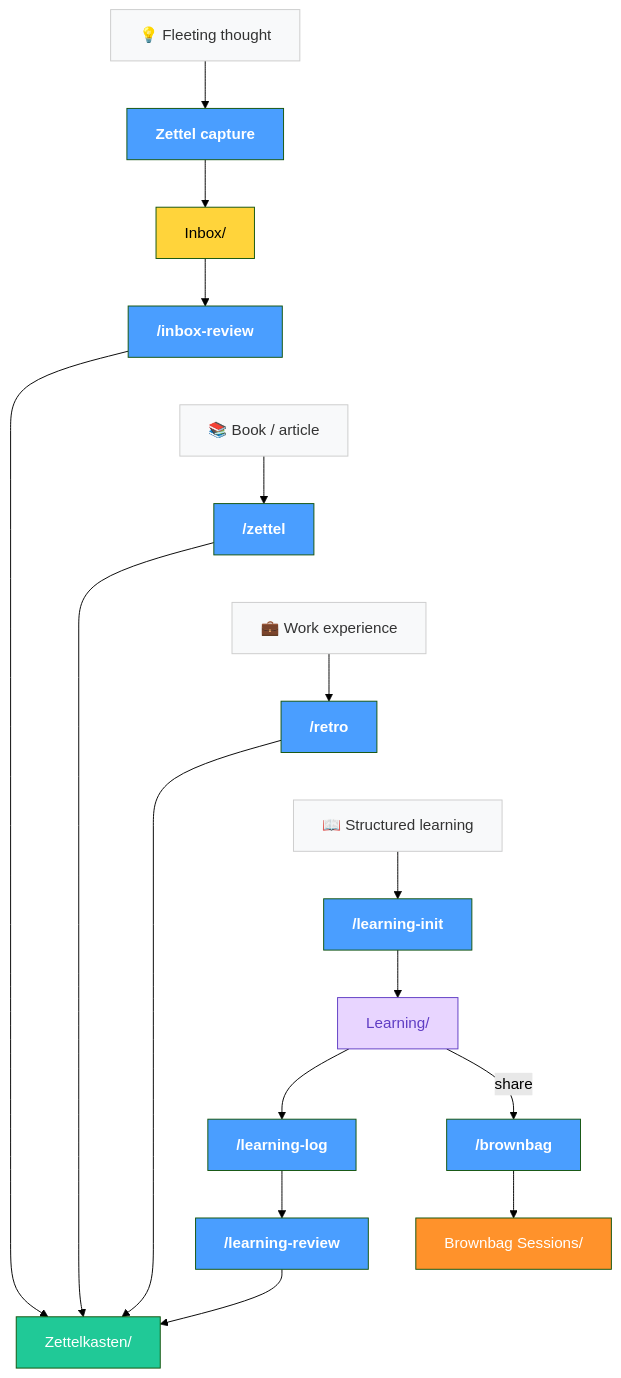
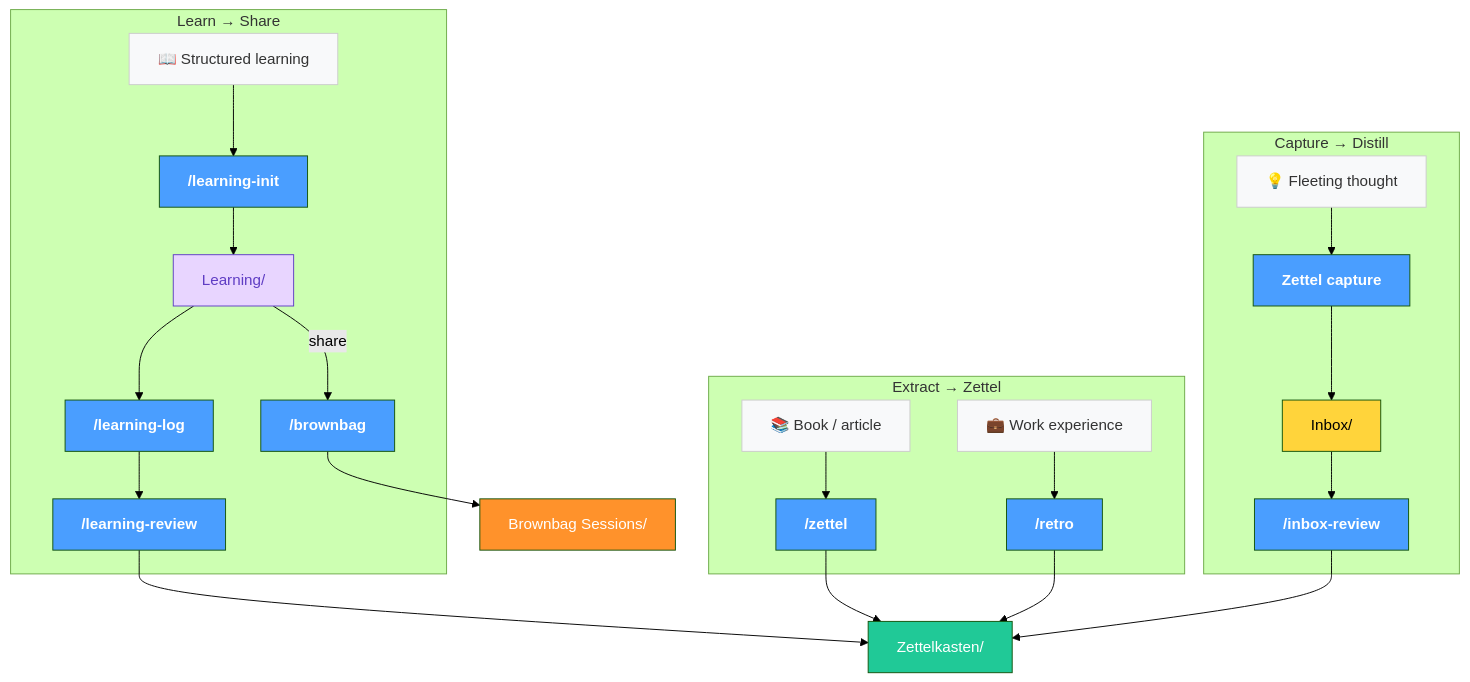
Before and after one commit to yepengfan/obsidian-workflow: the third of 4 diagrams in README.md, drawn with Mermaid (forest theme).

Commit message:
Improve Knowledge Flow diagram with semantic subgraphs
Replace invisible link hacks with meaningful subgraph grouping:
- Capture → Distill (fleeting thoughts flow)
- Extract → Zettel (books/work experience extraction)
- Learn → Share (structured learning + brownbag output)
All converge on Zettelkasten at the bottom.

````diff
--- a/README.md
+++ b/README.md
@@ -106,29 +106,34 @@
 ```mermaid
 flowchart TD
     classDef cmd fill:#4a9eff,color:#fff,font-weight:bold
     classDef store fill:#20c997,color:#fff
     classDef inbox fill:#ffd43b,color:#000
     classDef source fill:#f8f9fa,color:#333,stroke:#ccc
     classDef plan fill:#e8d5ff,color:#5f3dc4,stroke:#5f3dc4
     classDef output fill:#ff922b,color:#fff
 
-    THOUGHT["💡 Fleeting thought"]:::source
-    THOUGHT --> BTN["Zettel capture"]:::cmd --> INBOX["Inbox/"]:::inbox
-    INBOX --> IR["/inbox-review"]:::cmd --> ZK
+    subgraph capture ["Capture → Distill"]
+        THOUGHT["💡 Fleeting thought"]:::source
+        THOUGHT --> BTN["Zettel capture"]:::cmd
+        BTN --> INBOX["Inbox/"]:::inbox
+        INBOX --> IR["/inbox-review"]:::cmd
+    end
 
-    IR ~~~ BOOK
-    BOOK["📚 Book / article"]:::source
-    BOOK --> ZT["/zettel"]:::cmd --> ZK
+    subgraph extract ["Extract → Zettel"]
+        BOOK["📚 Book / article"]:::source --> ZT["/zettel"]:::cmd
+        WORK_EXP["💼 Work experience"]:::source --> RT["/retro"]:::cmd
+    end
 
-    ZT ~~~ WORK_EXP
-    WORK_EXP["💼 Work experience"]:::source
-    WORK_EXP --> RT["/retro"]:::cmd --> ZK
+    subgraph learn ["Learn → Share"]
+        COURSE["📖 Structured learning"]:::source --> LI["/learning-init"]:::cmd
+        LI --> PLAN["Learning/"]:::plan
+        PLAN --> LL["/learning-log"]:::cmd --> LR["/learning-review"]:::cmd
+        PLAN -->|share| BB["/brownbag"]:::cmd
+    end
 
-    RT ~~~ COURSE
-    COURSE["📖 Structured learning"]:::source
-    COURSE --> LI["/learning-init"]:::cmd --> PLAN["Learning/"]:::plan
-    PLAN --> LL["/learning-log"]:::cmd --> LR["/learning-review"]:::cmd
-    LR --> ZK["Zettelkasten/"]:::store
-
-    PLAN -->|share| BB["/brownbag"]:::cmd --> BBS["Brownbag Sessions/"]:::output
+    IR --> ZK["Zettelkasten/"]:::store
+    ZT --> ZK
+    RT --> ZK
+    LR --> ZK
+    BB --> BBS["Brownbag Sessions/"]:::output
 ```
````
